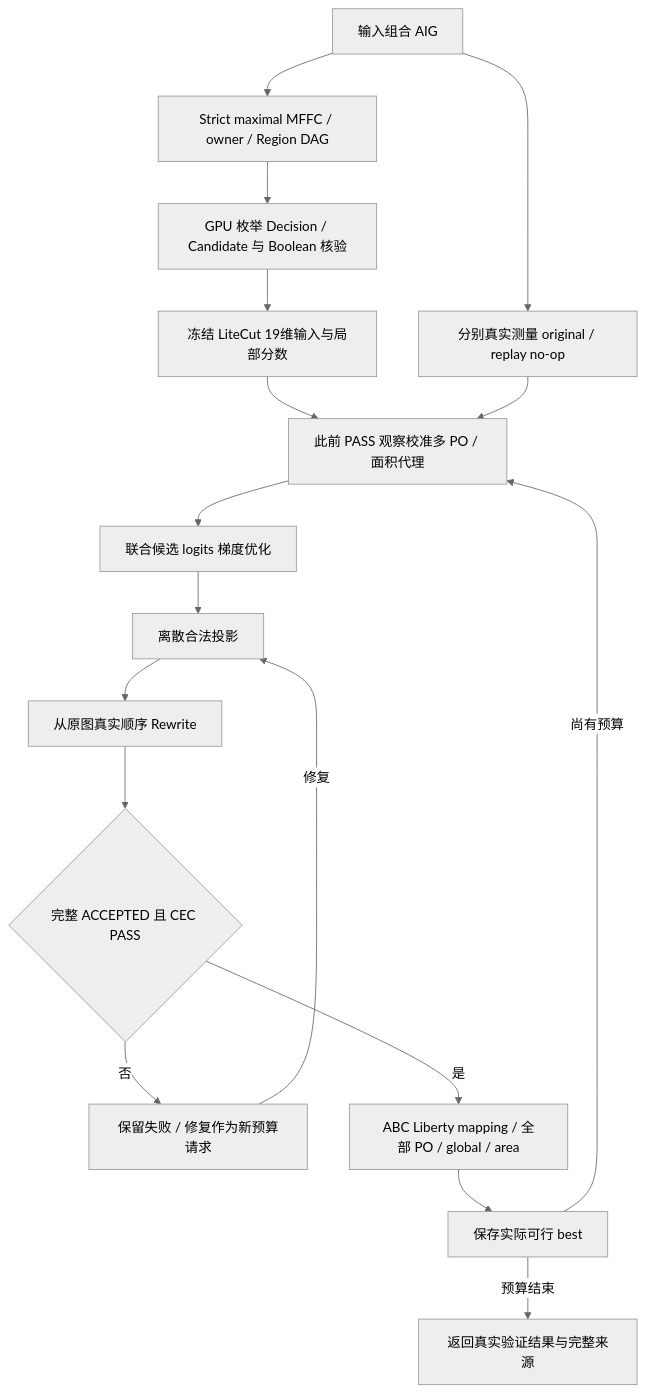
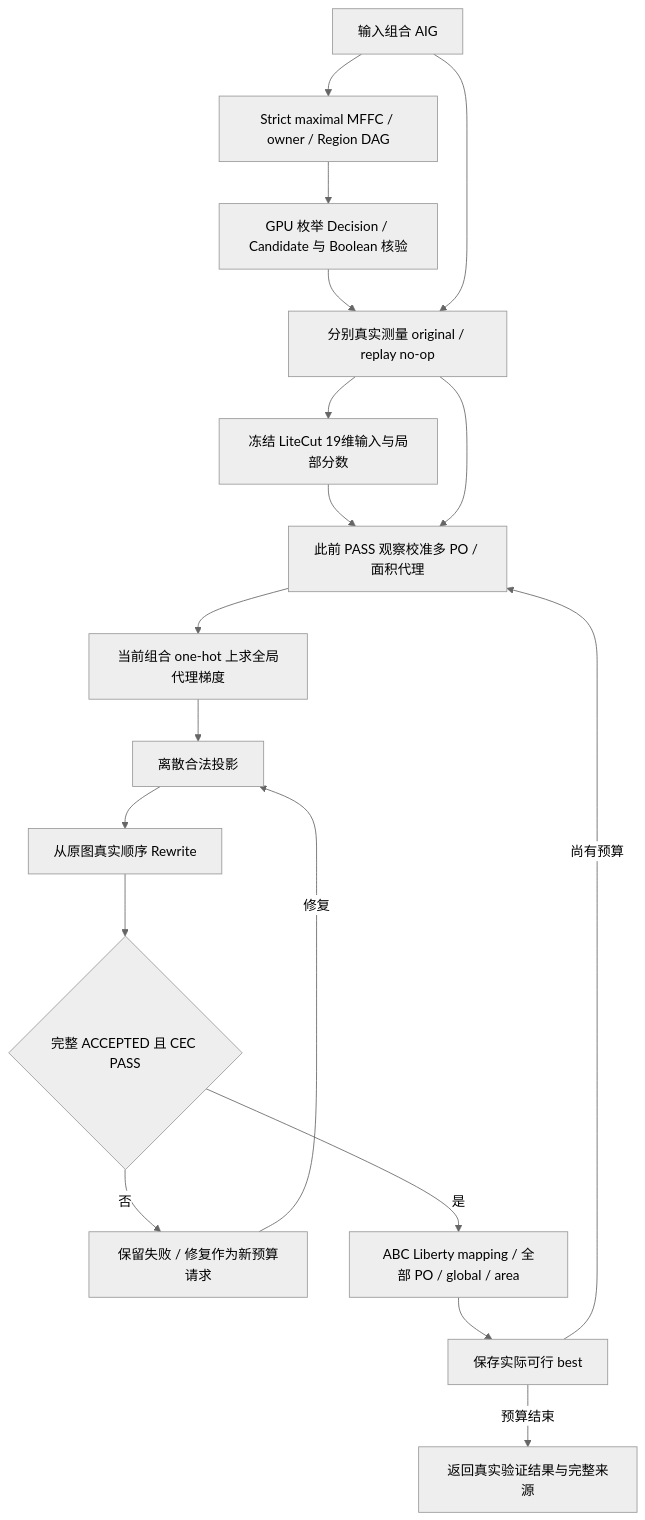
One commit to Appleeyelala/CULS_LiteCut changed the diagram in GRADIENT_OPTIMIZATION_STATUS.md. Above: the diagram before and after it, drawn with Mermaid (neutral theme). The commit also changed other lines of this file, not shown here.

````diff
--- a/GRADIENT_OPTIMIZATION_STATUS.md
+++ b/GRADIENT_OPTIMIZATION_STATUS.md
@@ -43,19 +41,20 @@
 ```mermaid
 flowchart TD
     A[输入组合 AIG] --> B[Strict maximal MFFC / owner / Region DAG]
     B --> C[GPU 枚举 Decision / Candidate 与 Boolean 核验]
-    C --> D[冻结 LiteCut 19维输入与局部分数]
+    C --> E
     A --> E[分别真实测量 original / replay no-op]
+    E --> D[冻结 LiteCut 19维输入与局部分数]
     D --> F[此前 PASS 观察校准多 PO / 面积代理]
     E --> F
-    F --> G[联合候选 logits 梯度优化]
+    F --> G[当前组合 one-hot 上求全局代理梯度]
     G --> H[离散合法投影]
     H --> I[从原图真实顺序 Rewrite]
     I --> J{完整 ACCEPTED 且 CEC PASS}
     J -- 否 --> K[保留失败 / 修复作为新预算请求]
     K -- 修复 --> H
     J -- 是 --> L[ABC Liberty mapping / 全部 PO / global / area]
     L --> M[保存实际可行 best]
     M -- 尚有预算 --> F
     M -- 预算结束 --> N[返回真实验证结果与完整来源]
 ```
````
